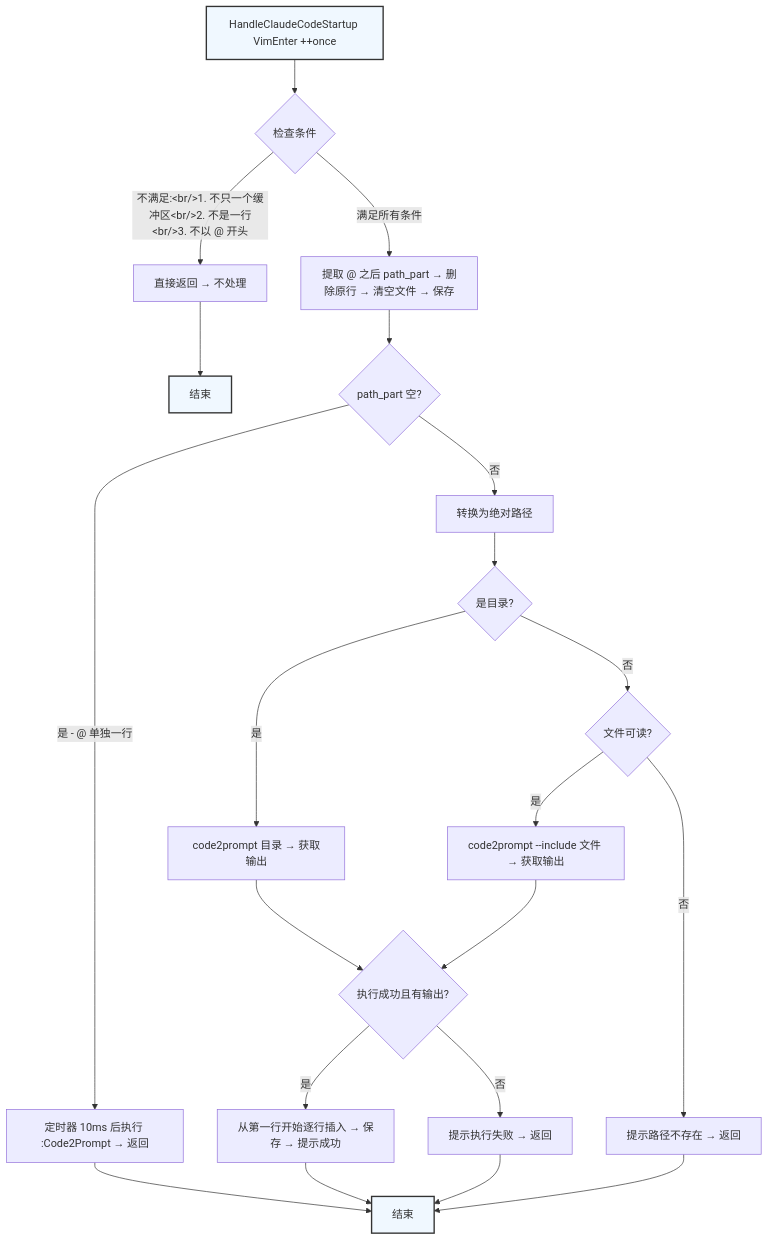
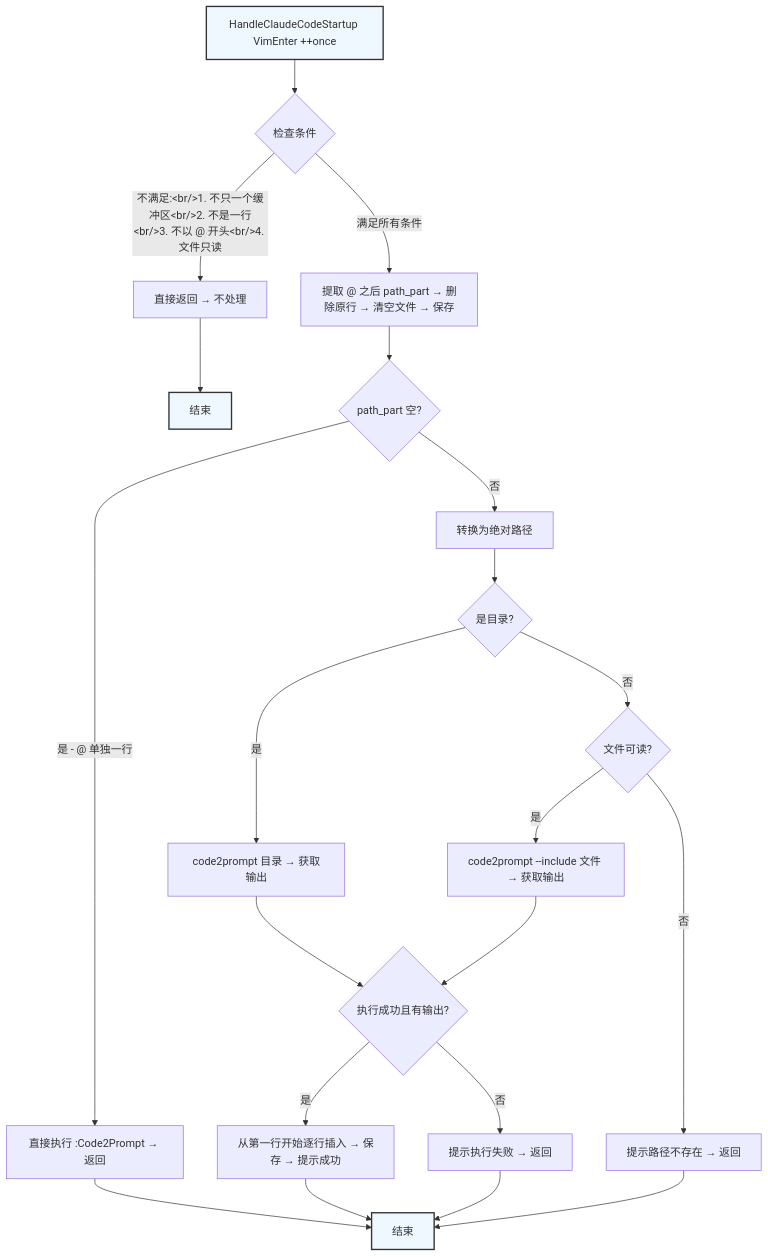
One commit to syllr/ainote changed the third of 5 diagrams in plugin/vimCode2Prompt/docs/workflow.md. Above: the diagram before and after it, drawn with Mermaid. The commit also changed other lines of this file and 1 other file, not shown here.

Commit message:
improve: Claude Code auto-detection - add writable check and remove timer
Improvements to HandleClaudeCodeStartup:
- Add filewritable() check: skip read-only files (like files opened via Ctrl-T preview)
- Remove the 10ms timer: execute :Code2prompt directly now that buffer is already clean
- Use silent! instead of silent to suppress any unnecessary error messages
- Update workflow documentation to match current implementation

````diff
--- a/plugin/vimCode2Prompt/docs/workflow.md
+++ b/plugin/vimCode2Prompt/docs/workflow.md
@@ -96,26 +96,26 @@
 ```mermaid
 flowchart TD
     A[HandleClaudeCodeStartup VimEnter ++once] --> B{检查条件}
-    B -->|"不满足:&lt;br/&gt;1. 不只一个缓冲区&lt;br/&gt;2. 不是一行&lt;br/&gt;3. 不以 @ 开头"| C[直接返回 → 不处理]
+    B -->|"不满足:&lt;br/&gt;1. 不只一个缓冲区&lt;br/&gt;2. 不是一行&lt;br/&gt;3. 不以 @ 开头&lt;br/&gt;4. 文件只读"| C[直接返回 → 不处理]
     B -->|满足所有条件| D[提取 @ 之后 path_part → 删除原行 → 清空文件 → 保存]
     D --> E{path_part 空?}
-    E -->|是 - @ 单独一行| F[定时器 10ms 后执行 :Code2Prompt → 返回]
+    E -->|是 - @ 单独一行| F[直接执行 :Code2Prompt → 返回]
     E -->|否| G[转换为绝对路径]
     G --> H{是目录?}
     H -->|是| I[code2prompt 目录 → 获取输出]
     H -->|否| J{文件可读?}
     J -->|是| K[code2prompt --include 文件 → 获取输出]
     J -->|否| L[提示路径不存在 → 返回]
     I --> M{执行成功且有输出?}
     K --> M
     M -->|是| N[从第一行开始逐行插入 → 保存 → 提示成功]
     M -->|否| O[提示执行失败 → 返回]
     N --> P[结束]
     C --> Q[结束]
     F --> P
     L --> P
     O --> P
 
     classDef startend fill:#f0f8ff,stroke:#333,stroke-width:2px
     class A,P,Q startend
 ```
````
